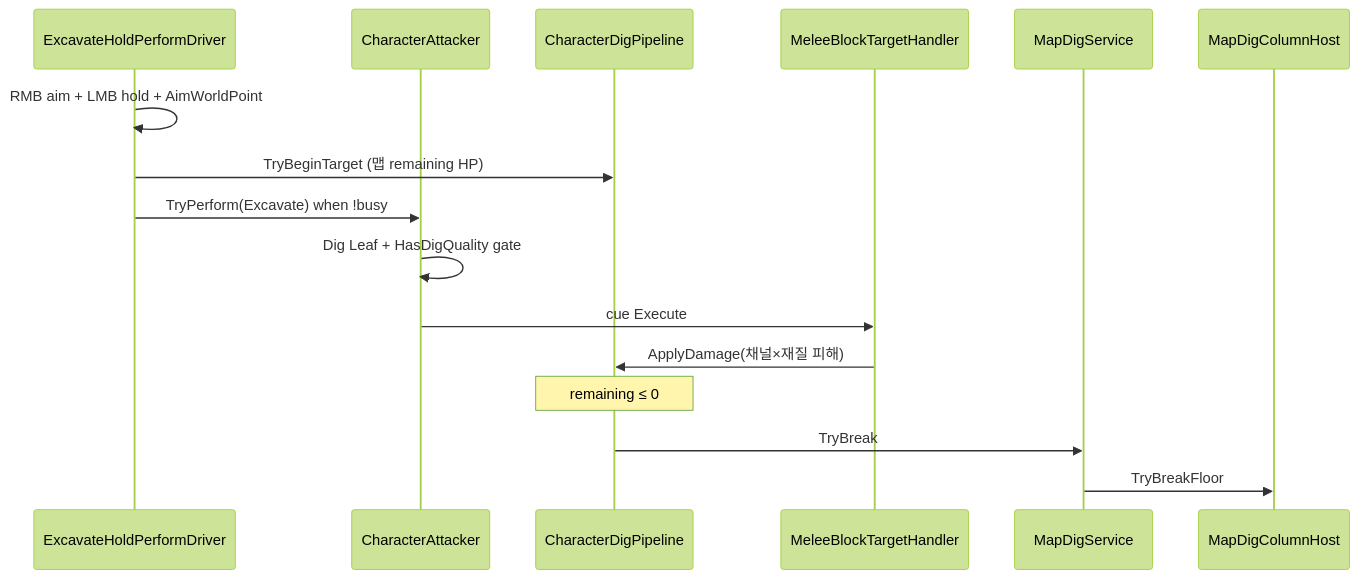
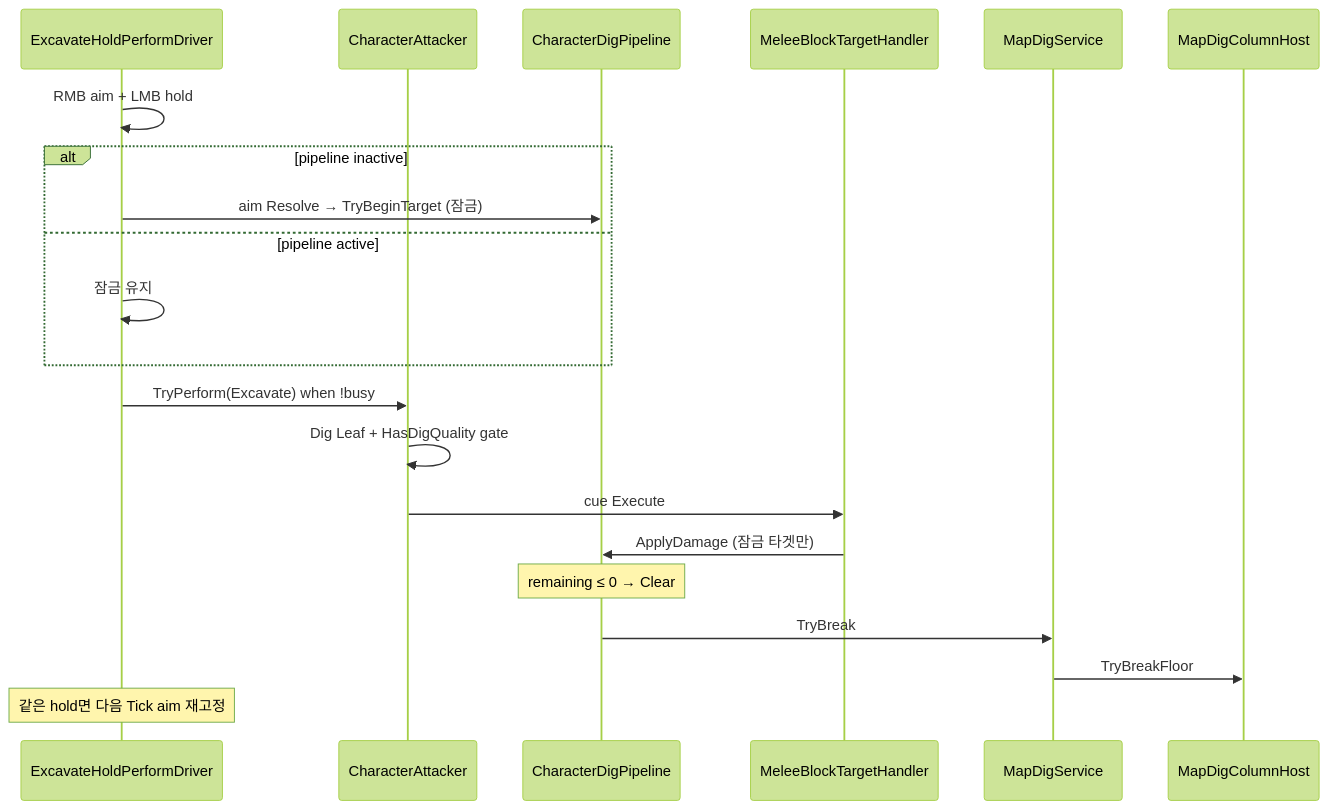
The second of 2 diagrams in docs/map/DIG.md (garunnir/Project_Alpha), drawn with Mermaid (forest theme) before and after one commit. The commit also changed other lines of this file and 51 other files, not shown here.

````diff
--- a/docs/map/DIG.md
+++ b/docs/map/DIG.md
@@ -109,19 +119,24 @@
 ```mermaid
 sequenceDiagram
     participant Input as ExcavateHoldPerformDriver
     participant Attacker as CharacterAttacker
     participant Pipeline as CharacterDigPipeline
     participant Handler as MeleeBlockTargetHandler
     participant S as MapDigService
     participant H as MapDigColumnHost
 
-    Input->>Input: RMB aim + LMB hold + AimWorldPoint
-    Input->>Pipeline: TryBeginTarget (맵 remaining HP)
+    Input->>Input: RMB aim + LMB hold
+    alt pipeline inactive
+        Input->>Pipeline: aim Resolve → TryBeginTarget (잠금)
+    else pipeline active
+        Input->>Input: 잠금 유지
+    end
     Input->>Attacker: TryPerform(Excavate) when !busy
     Attacker->>Attacker: Dig Leaf + HasDigQuality gate
     Attacker->>Handler: cue Execute
-    Handler->>Pipeline: ApplyDamage(채널×재질 피해)
-    Note over Pipeline: remaining ≤ 0
+    Handler->>Pipeline: ApplyDamage (잠금 타겟만)
+    Note over Pipeline: remaining ≤ 0 → Clear
     Pipeline->>S: TryBreak
     S->>H: TryBreakFloor
+    Note over Input: 같은 hold면 다음 Tick aim 재고정
 ```
````
